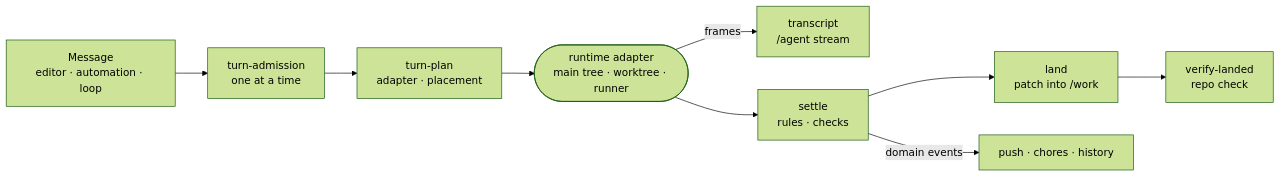
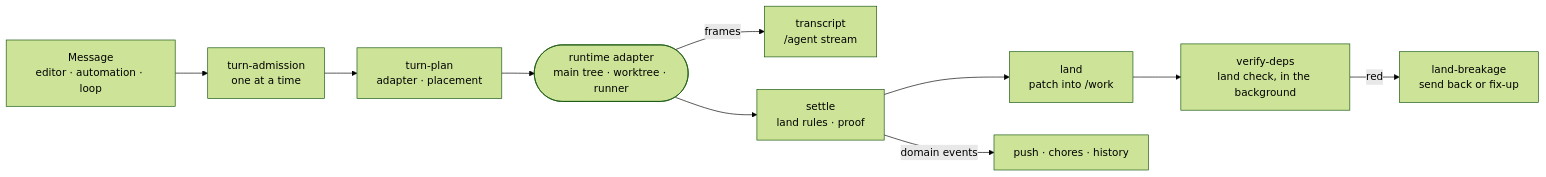
Before and after one commit to intentic/intentic: the diagram in _sandbox/sandbox/docs/subsystems.md, drawn with Mermaid (forest theme). The commit also changed 178 other files, not shown here.

````diff
--- a/_sandbox/sandbox/docs/subsystems.md
+++ b/_sandbox/sandbox/docs/subsystems.md
@@ -5,11 +5,12 @@
 ```mermaid
 flowchart LR
     msg["Message<br/>editor · automation · loop"] --> admit["turn-admission<br/>one at a time"]
     admit --> plan["turn-plan<br/>adapter · placement"]
     plan --> run(["runtime adapter<br/>main tree · worktree · runner"])
     run -->|"frames"| feed["transcript<br/>/agent stream"]
-    run --> settle["settle<br/>rules · checks"]
+    run --> settle["settle<br/>land rules · proof"]
     settle --> land["land<br/>patch into /work"]
-    land --> verify["verify-landed<br/>repo check"]
+    land --> verify["verify-deps<br/>land check, in the background"]
+    verify -->|"red"| route["land-breakage<br/>send back or fix-up"]
     settle -->|"domain events"| react["push · chores · history"]
 ```
````
